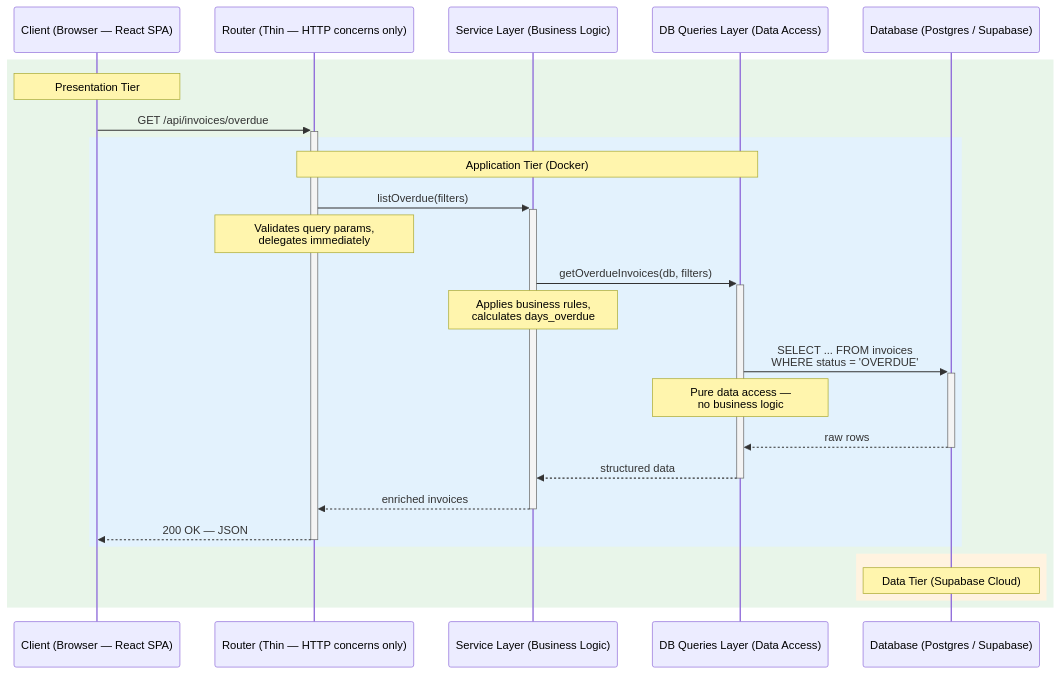
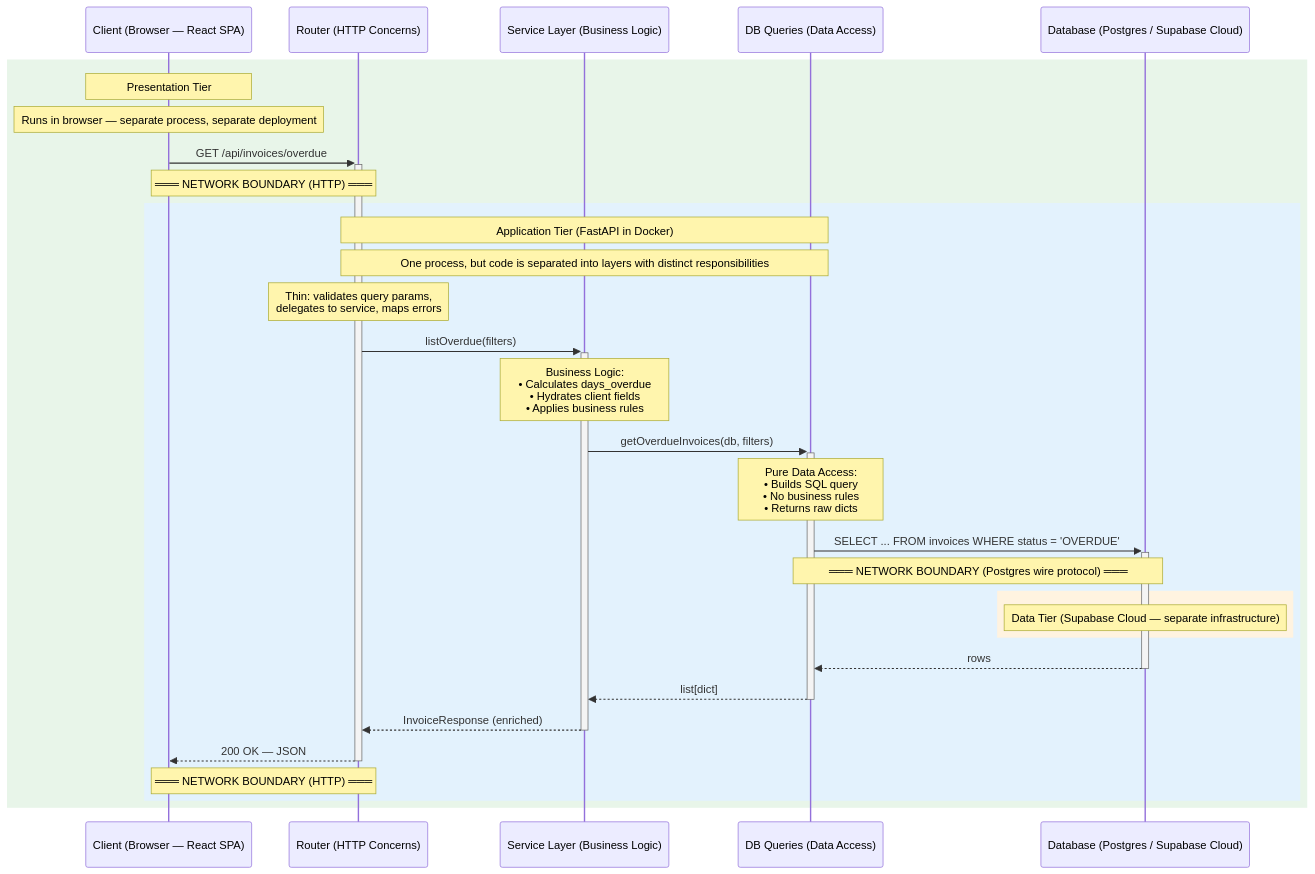
Before and after one commit to adipppp/sira-diagram: the second of 2 diagrams in architecture-comparison.md, drawn with Mermaid. The commit also changed other lines of this file, not shown here.

Commit message:
refactor architecture comparison diagrams for clarity and detail

````diff
--- a/architecture-comparison.md
+++ b/architecture-comparison.md
@@ -48,39 +63,47 @@
 ```mermaid
 sequenceDiagram
     participant Client as Client (Browser — React SPA)
-    participant Router as Router (Thin — HTTP concerns only)
+    participant Router as Router (HTTP Concerns)
     participant Service as Service Layer (Business Logic)
-    participant DBQueries as DB Queries Layer (Data Access)
-    participant DB as Database (Postgres / Supabase)
+    participant DBQueries as DB Queries (Data Access)
+    participant DB as Database (Postgres / Supabase Cloud)
 
     rect rgb(232, 245, 233)
         Note over Client: Presentation Tier
+        Note over Client: Runs in browser — separate process, separate deployment
 
         Client->>+Router: GET /api/invoices/overdue
+        Note over Client,Router: ═══ NETWORK BOUNDARY (HTTP) ═══
 
         rect rgb(227, 242, 253)
-            Note over Router,DBQueries: Application Tier (Docker)
+            Note over Router,DBQueries: Application Tier (FastAPI in Docker)
+            Note over Router,DBQueries: One process, but code is separated into layers with distinct responsibilities
+
+            Note over Router: Thin: validates query params,<br>delegates to service, maps errors
 
             Router->>+Service: listOverdue(filters)
-            Note over Router: Validates query params,<br>delegates immediately
+
+            Note over Service: Business Logic:<br>• Calculates days_overdue<br>• Hydrates client fields<br>• Applies business rules
 
             Service->>+DBQueries: getOverdueInvoices(db, filters)
-            Note over Service: Applies business rules,<br>calculates days_overdue
 
-            DBQueries->>+DB: SELECT ... FROM invoices<br>WHERE status = 'OVERDUE'
-            Note over DBQueries: Pure data access —<br>no business logic
+            Note over DBQueries: Pure Data Access:<br>• Builds SQL query<br>• No business rules<br>• Returns raw dicts
 
-            DB-->>-DBQueries: raw rows
+            DBQueries->>+DB: SELECT ... FROM invoices WHERE status = 'OVERDUE'
+            Note over DBQueries,DB: ═══ NETWORK BOUNDARY (Postgres wire protocol) ═══
 
-            DBQueries-->>-Service: structured data
+            rect rgb(255, 243, 224)
+                Note over DB: Data Tier (Supabase Cloud — separate infrastructure)
+            end
 
-            Service-->>-Router: enriched invoices
+            DB-->>-DBQueries: rows
+
+            DBQueries-->>-Service: list[dict]
+
+            Service-->>-Router: InvoiceResponse (enriched)
 
             Router-->>-Client: 200 OK — JSON
-        end
-
-        rect rgb(255, 243, 224)
-            Note over DB: Data Tier (Supabase Cloud)
+            Note over Router,Client: ═══ NETWORK BOUNDARY (HTTP) ═══
         end
     end
 ```
````
